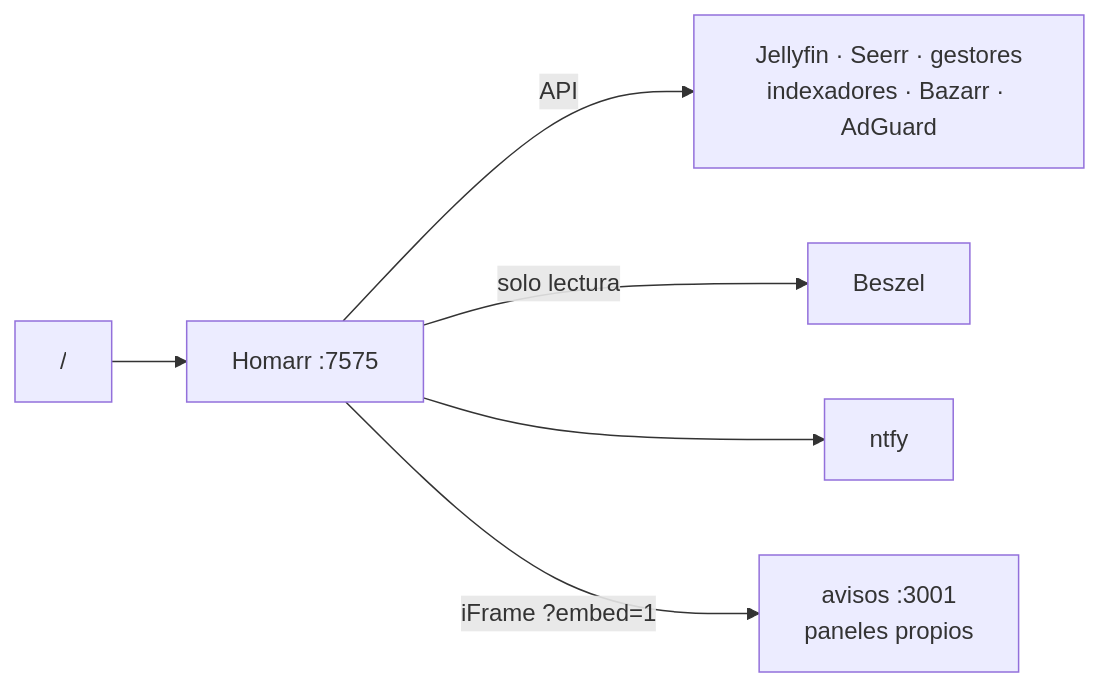
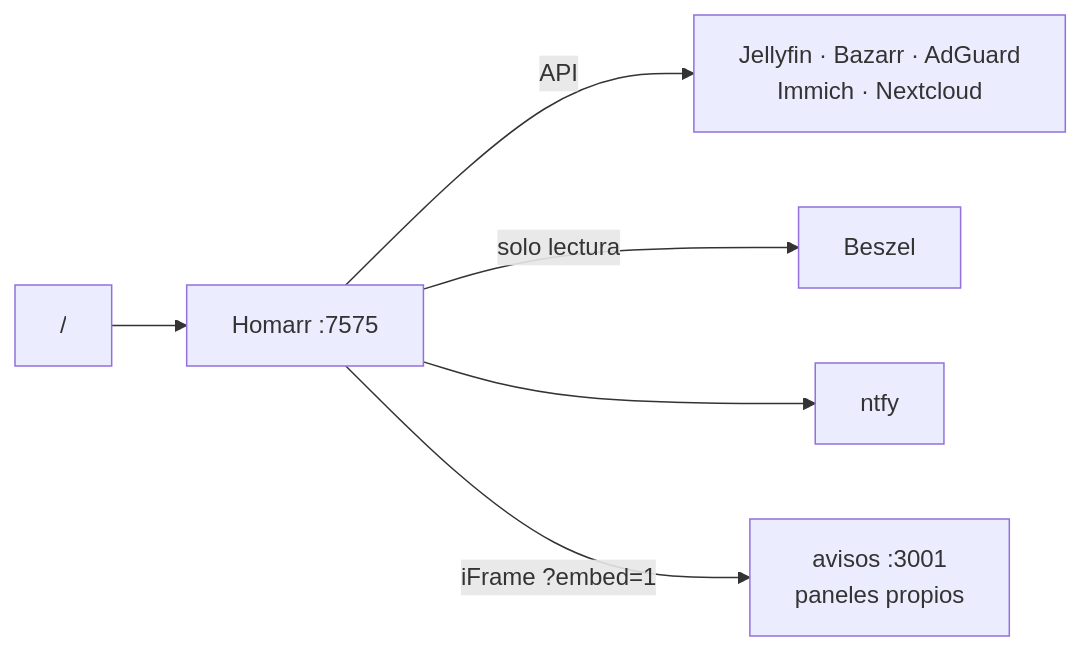
One commit to m0uwastaken/homelab changed the fourth of 4 diagrams in README.md. Above: the diagram before and after it, drawn with Mermaid. The commit also changed other lines of this file, not shown here.

First line of the commit message:
README: Jellyfin en primer plano y la descarga de ISOs, en segundo

````diff
--- a/README.md
+++ b/README.md
@@ -269,8 +265,8 @@
 ```mermaid
 flowchart LR
     NAV["/ "] --> H["Homarr :7575"]
-    H -->|API| APPS["Jellyfin · Seerr · gestores<br/>indexadores · Bazarr · AdGuard"]
+    H -->|API| APPS["Jellyfin · Bazarr · AdGuard<br/>Immich · Nextcloud"]
     H -->|"solo lectura"| BZ["Beszel"]
     H --> NT["ntfy"]
     H -->|"iFrame ?embed=1"| AV["avisos :3001<br/>paneles propios"]
 ```
````
